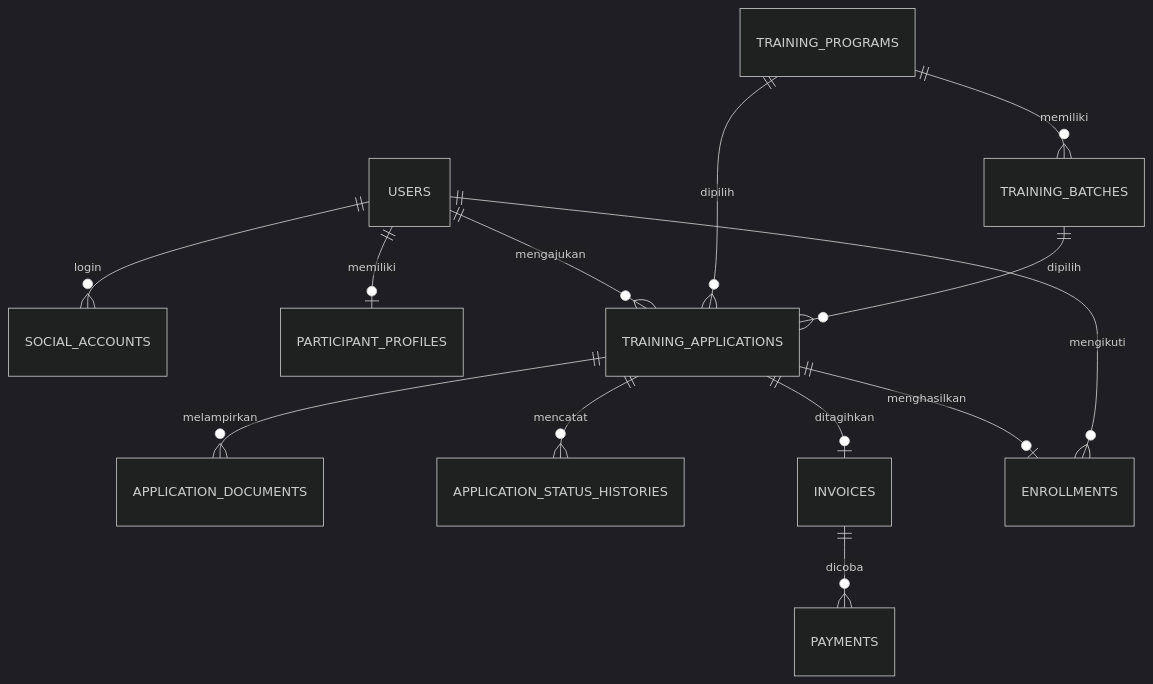
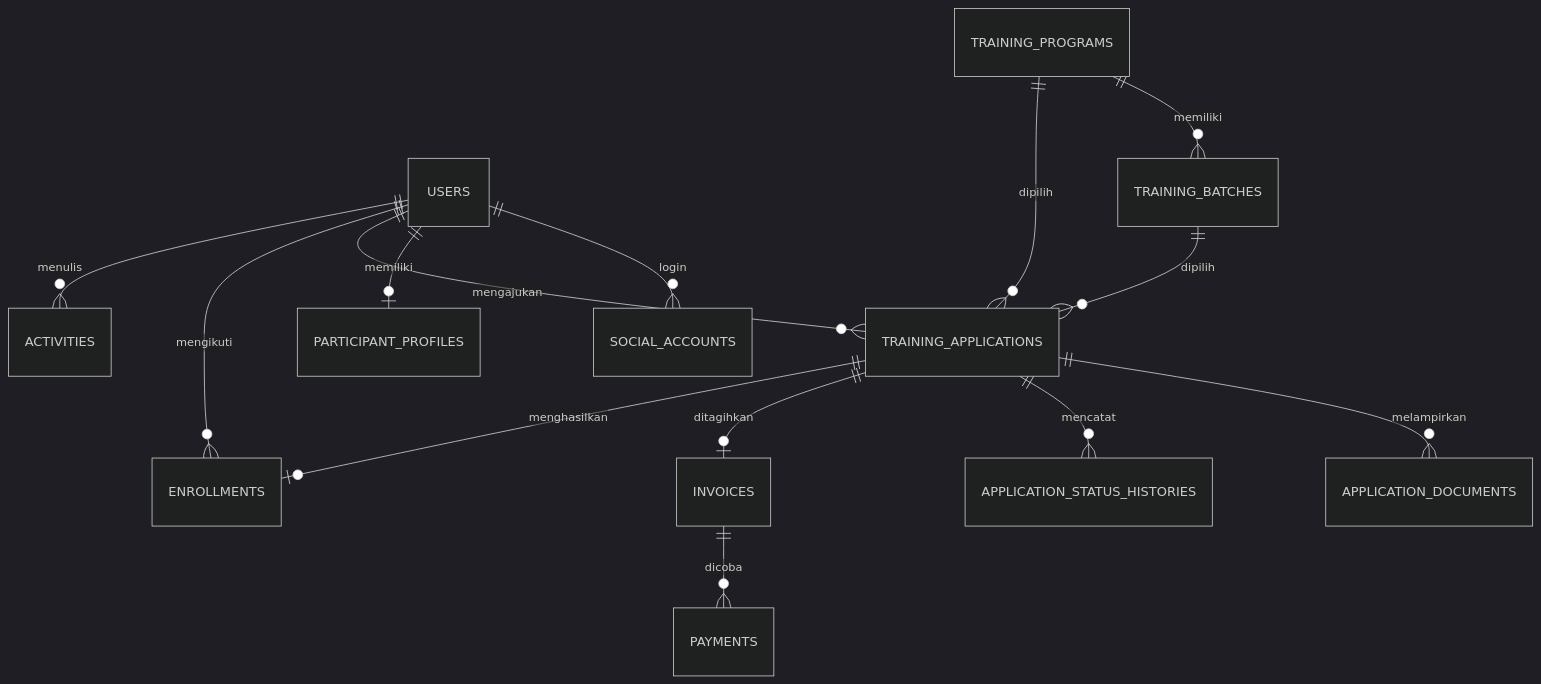
The diagram in database/SCHEMA.md (Ilham-Nur/welding-school), drawn with Mermaid (dark theme) before and after one commit. The commit also changed other lines of this file and 28 other files, not shown here.

````diff
--- a/database/SCHEMA.md
+++ b/database/SCHEMA.md
@@ -16,15 +16,16 @@
 ```mermaid
 erDiagram
     USERS ||--o{ SOCIAL_ACCOUNTS : login
     USERS ||--o| PARTICIPANT_PROFILES : memiliki
     USERS ||--o{ TRAINING_APPLICATIONS : mengajukan
     TRAINING_PROGRAMS ||--o{ TRAINING_BATCHES : memiliki
     TRAINING_PROGRAMS ||--o{ TRAINING_APPLICATIONS : dipilih
     TRAINING_BATCHES ||--o{ TRAINING_APPLICATIONS : dipilih
     TRAINING_APPLICATIONS ||--o{ APPLICATION_DOCUMENTS : melampirkan
     TRAINING_APPLICATIONS ||--o{ APPLICATION_STATUS_HISTORIES : mencatat
     TRAINING_APPLICATIONS ||--o| INVOICES : ditagihkan
     INVOICES ||--o{ PAYMENTS : dicoba
     TRAINING_APPLICATIONS ||--o| ENROLLMENTS : menghasilkan
     USERS ||--o{ ENROLLMENTS : mengikuti
+    USERS ||--o{ ACTIVITIES : menulis
 ```
````
